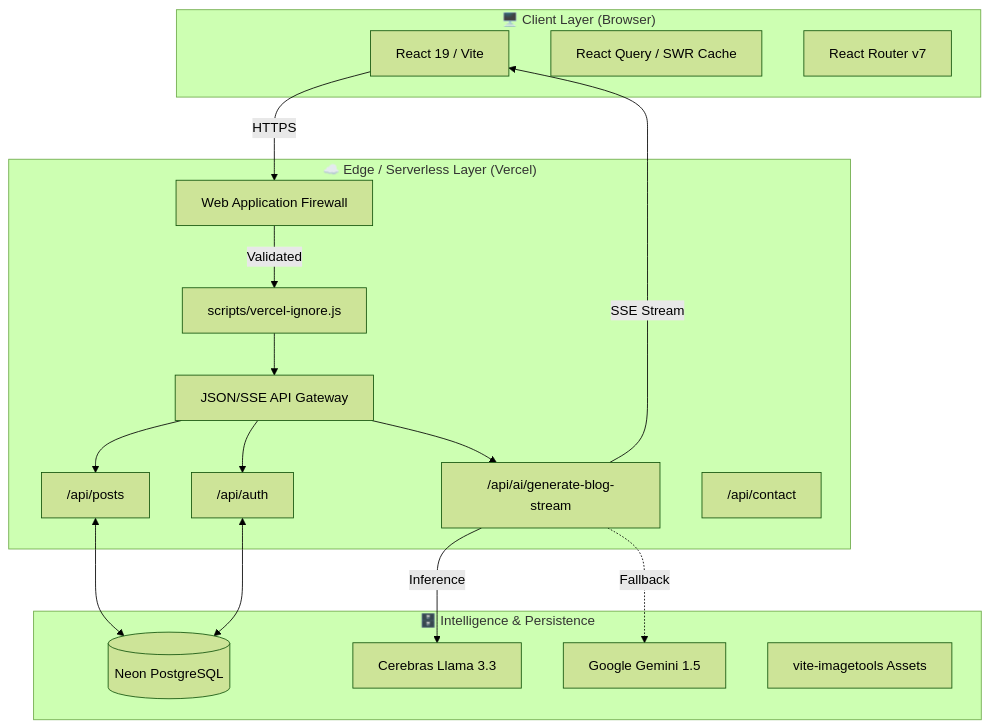
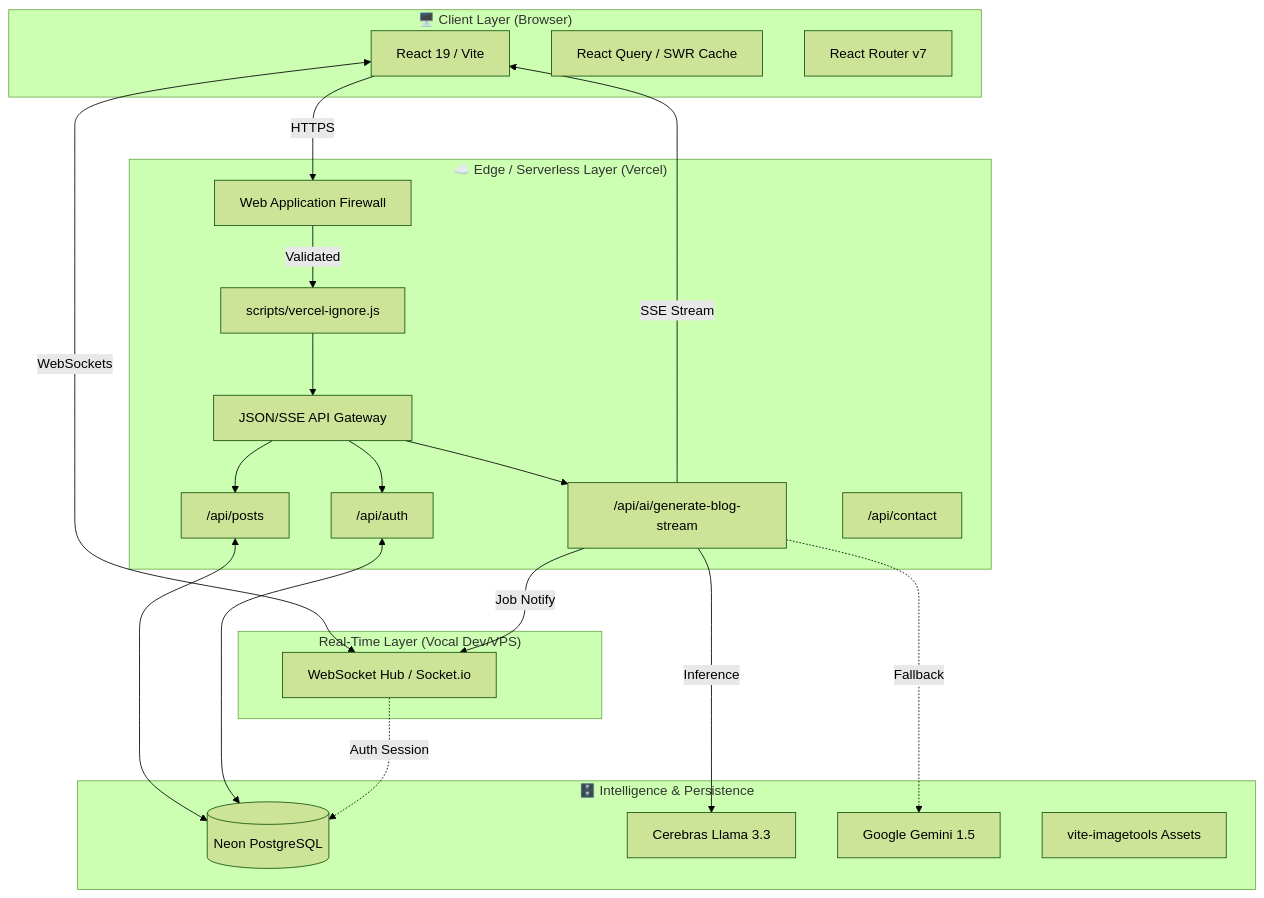
One commit to steeltroops-ai/my-portfolio-steeltroops changed the first of 3 diagrams in docs/SYSTEM_DESIGN.md. Above: the diagram before and after it, drawn with Mermaid (forest theme). The commit also changed other lines of this file and 62 other files, not shown here.

````diff
--- a/docs/SYSTEM_DESIGN.md
+++ b/docs/SYSTEM_DESIGN.md
@@ -11,41 +11,48 @@
 ```mermaid
 graph TB
     subgraph Client ["🖥️ Client Layer (Browser)"]
         UI[React 19 / Vite]
         Store[React Query / SWR Cache]
         Router[React Router v7]
     end
 
     subgraph Edge ["☁️ Edge / Serverless Layer (Vercel)"]
         WAF[Web Application Firewall]
         Gatekeeper[scripts/vercel-ignore.js]
         API_GW[JSON/SSE API Gateway]
 
         auth_fn["/api/auth"]
         blog_fn["/api/posts"]
         ai_fn["/api/ai/generate-blog-stream"]
         contact_fn["/api/contact"]
     end
 
+    subgraph RealTime ["Real-Time Layer (Vocal Dev/VPS)"]
+        SocketHub[WebSocket Hub / Socket.io]
+    end
+
     subgraph Data ["🗄️ Intelligence & Persistence"]
         DB[(Neon PostgreSQL)]
         LLM_Primary[Cerebras Llama 3.3]
         LLM_Backup[Google Gemini 1.5]
         Assets[vite-imagetools Assets]
     end
 
     %% Flows
     UI -->|HTTPS| WAF
     WAF -->|Validated| Gatekeeper
     Gatekeeper --> API_GW
+    UI <-->|WebSockets| SocketHub
     API_GW --> auth_fn
     API_GW --> blog_fn
     API_GW --> ai_fn
 
     ai_fn -->|SSE Stream| UI
+    ai_fn -->|Job Notify| SocketHub
     ai_fn -->|Inference| LLM_Primary
     ai_fn -.->|Fallback| LLM_Backup
 
     blog_fn <--> DB
     auth_fn <--> DB
+    SocketHub -.->|Auth Session| DB
 ```
````
